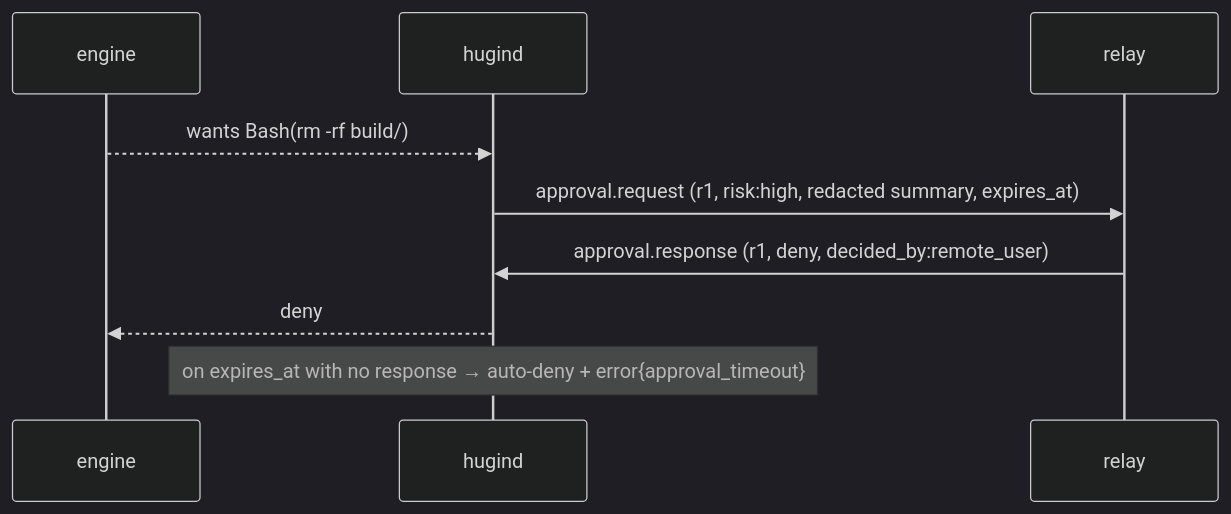
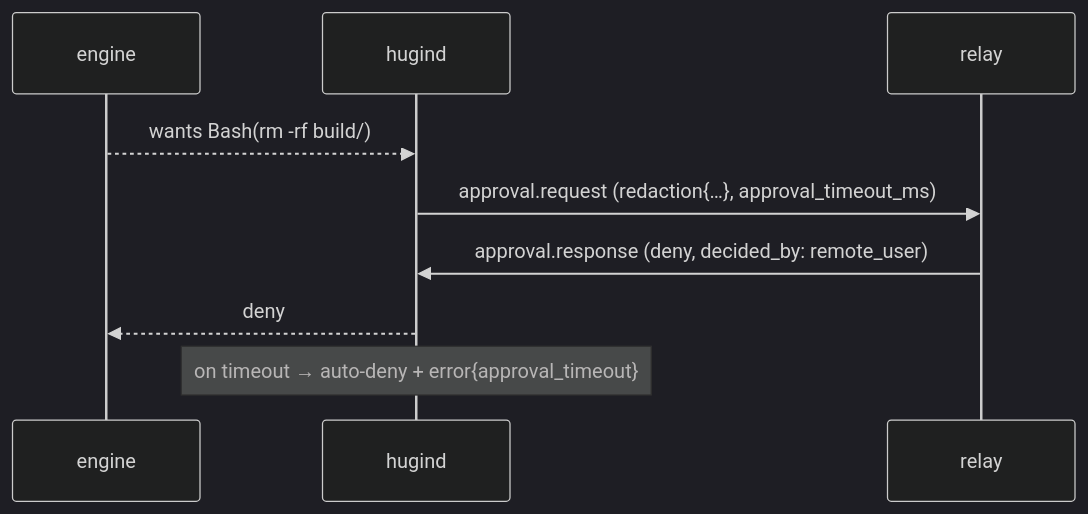
The third of 3 diagrams in protocol/README.md (Karnian/hugin-agent), drawn with Mermaid (dark theme) before and after one commit. The commit also changed other lines of this file and 6 other files, not shown here.

````diff
--- a/protocol/README.md
+++ b/protocol/README.md
@@ -145,11 +122,11 @@
 ```mermaid
 sequenceDiagram
     participant E as engine
     participant A as hugind
     participant S as relay
     E-->>A: wants Bash(rm -rf build/)
-    A->>S: approval.request (r1, risk:high, redacted summary, expires_at)
-    S->>A: approval.response (r1, deny, decided_by:remote_user)
+    A->>S: approval.request (redaction{…}, approval_timeout_ms)
+    S->>A: approval.response (deny, decided_by: remote_user)
     A-->>E: deny
-    Note over A: on expires_at with no response → auto-deny + error{approval_timeout}
+    Note over A: on timeout → auto-deny + error{approval_timeout}
 ```
````
